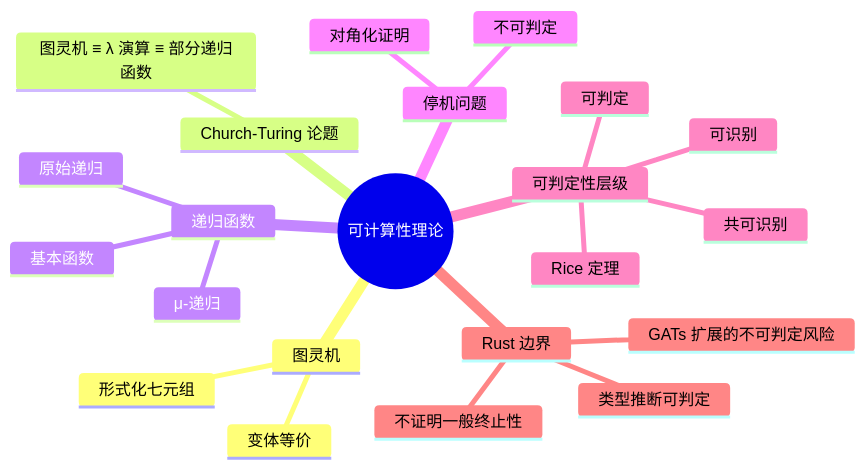
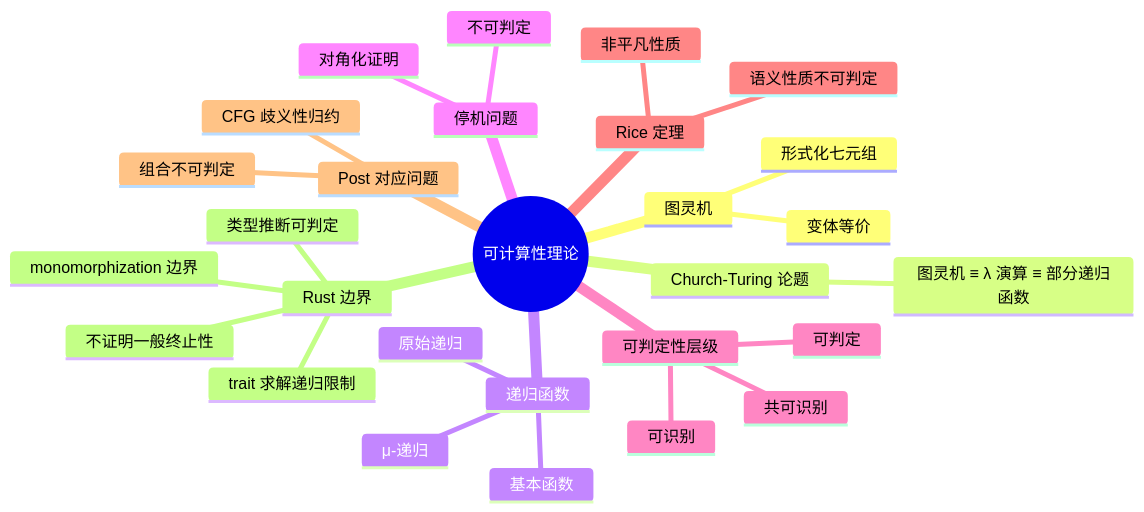
The diagram in concept/04_formal/11_computational_models/02_computability_theory.md (martin-ly/rust-lang), drawn with Mermaid before and after one commit. The commit also changed other lines of this file and 28 other files, not shown here.

````diff
--- a/concept/04_formal/11_computational_models/02_computability_theory.md
+++ b/concept/04_formal/11_computational_models/02_computability_theory.md
@@ -320,25 +560,31 @@
 ```mermaid
 mindmap
   root((可计算性理论))
     图灵机
       形式化七元组
       变体等价
     Church-Turing 论题
       图灵机 ≡ λ 演算 ≡ 部分递归函数
     递归函数
       基本函数
       原始递归
       μ-递归
     停机问题
       对角化证明
       不可判定
     可判定性层级
       可判定
       可识别
       共可识别
-      Rice 定理
+    Rice 定理
+      语义性质不可判定
+      非平凡性质
+    Post 对应问题
+      组合不可判定
+      CFG 歧义性归约
     Rust 边界
       不证明一般终止性
       类型推断可判定
-      GATs 扩展的不可判定风险
+      trait 求解递归限制
+      monomorphization 边界
 ```
````
